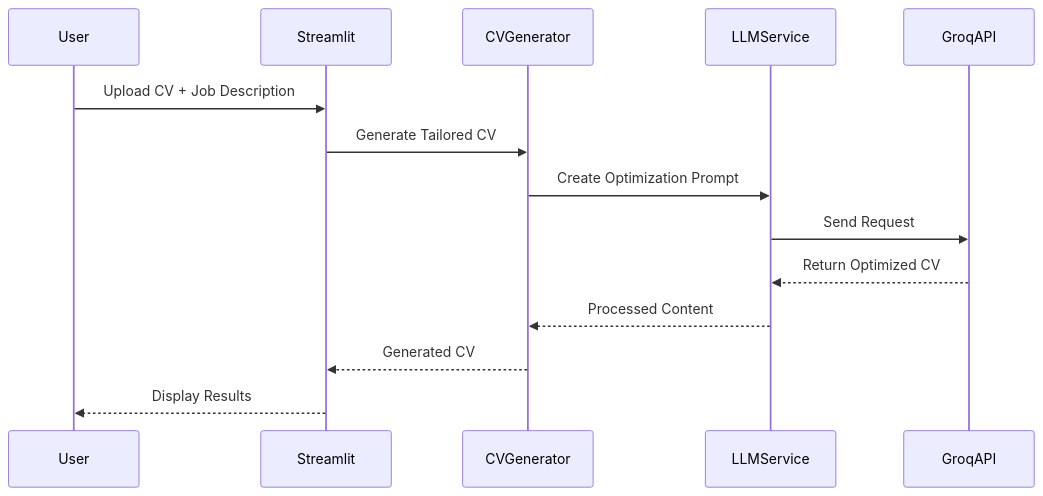
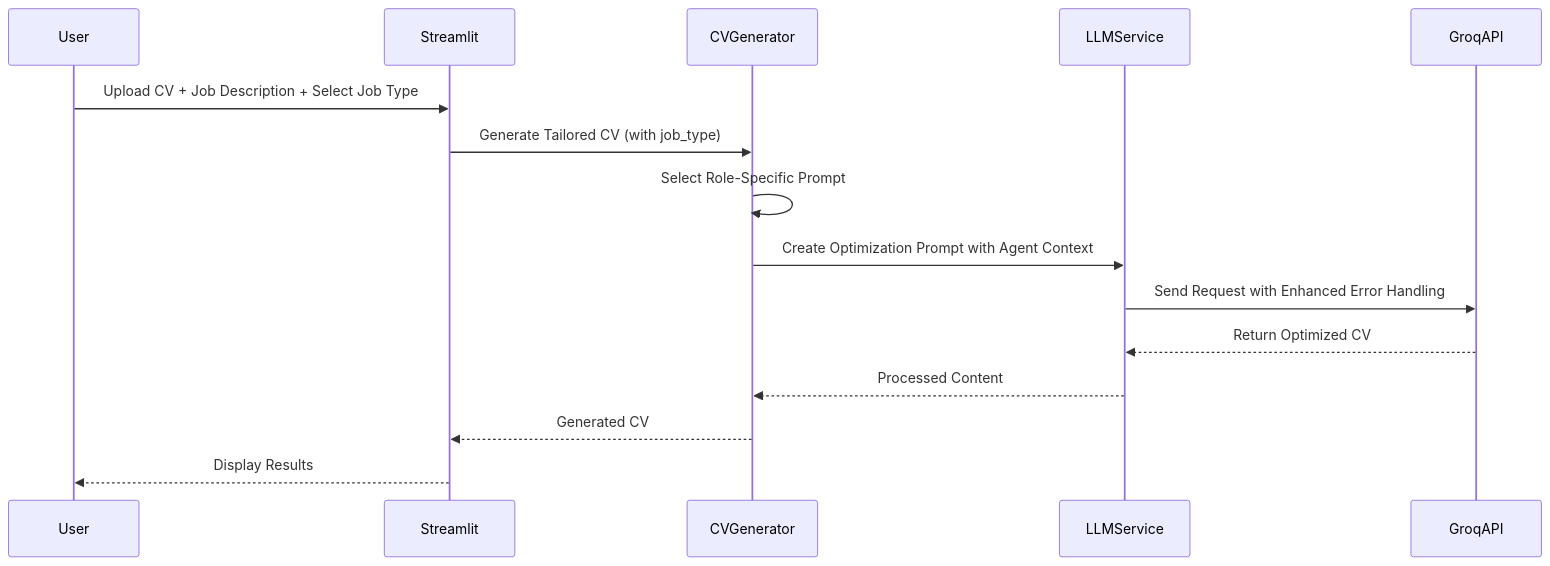
The second of 4 diagrams in architecture_documentation.md (elandil2/cv-generator), drawn with Mermaid before and after one commit. The commit also changed 6 other files, not shown here.

First line of the commit message:
feat: Add role-specific system prompts and agent context for tech roles

````diff
--- a/architecture_documentation.md
+++ b/architecture_documentation.md
@@ -19,17 +19,18 @@
 ```mermaid
 sequenceDiagram
     participant User
     participant Streamlit
     participant CVGenerator
     participant LLMService
     participant GroqAPI
-    
-    User->>Streamlit: Upload CV + Job Description
-    Streamlit->>CVGenerator: Generate Tailored CV
-    CVGenerator->>LLMService: Create Optimization Prompt
-    LLMService->>GroqAPI: Send Request
+
+    User->>Streamlit: Upload CV + Job Description + Select Job Type
+    Streamlit->>CVGenerator: Generate Tailored CV (with job_type)
+    CVGenerator->>CVGenerator: Select Role-Specific Prompt
+    CVGenerator->>LLMService: Create Optimization Prompt with Agent Context
+    LLMService->>GroqAPI: Send Request with Enhanced Error Handling
     GroqAPI-->>LLMService: Return Optimized CV
     LLMService-->>CVGenerator: Processed Content
     CVGenerator-->>Streamlit: Generated CV
     Streamlit-->>User: Display Results
 ```
````
